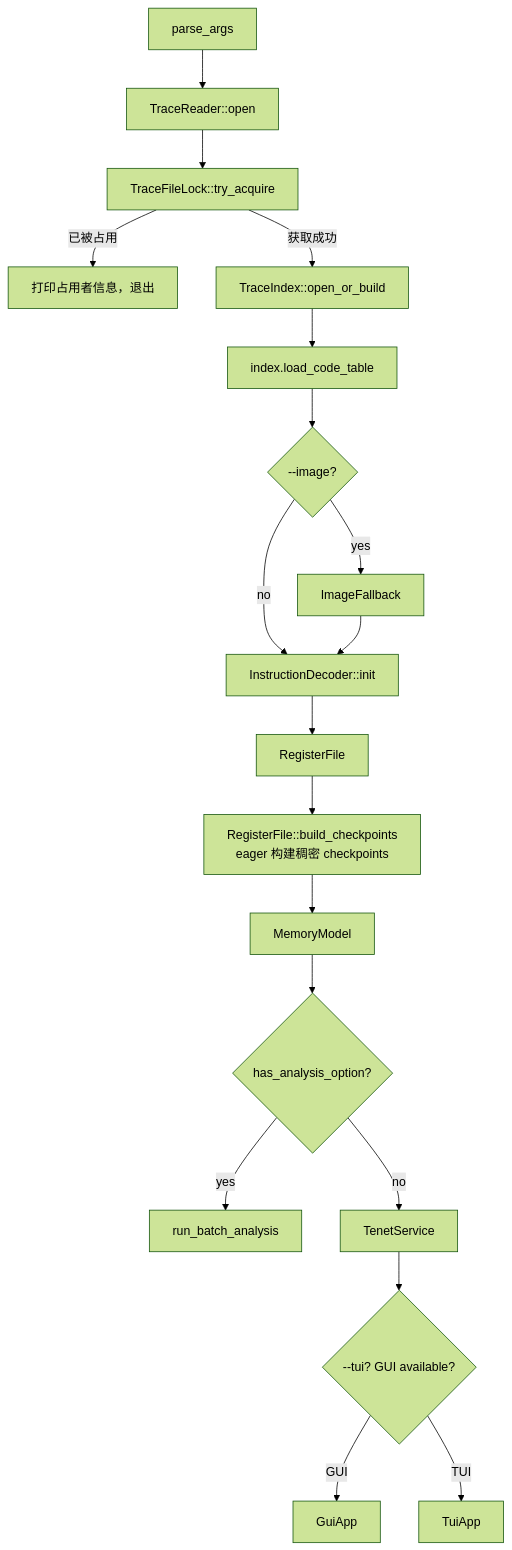
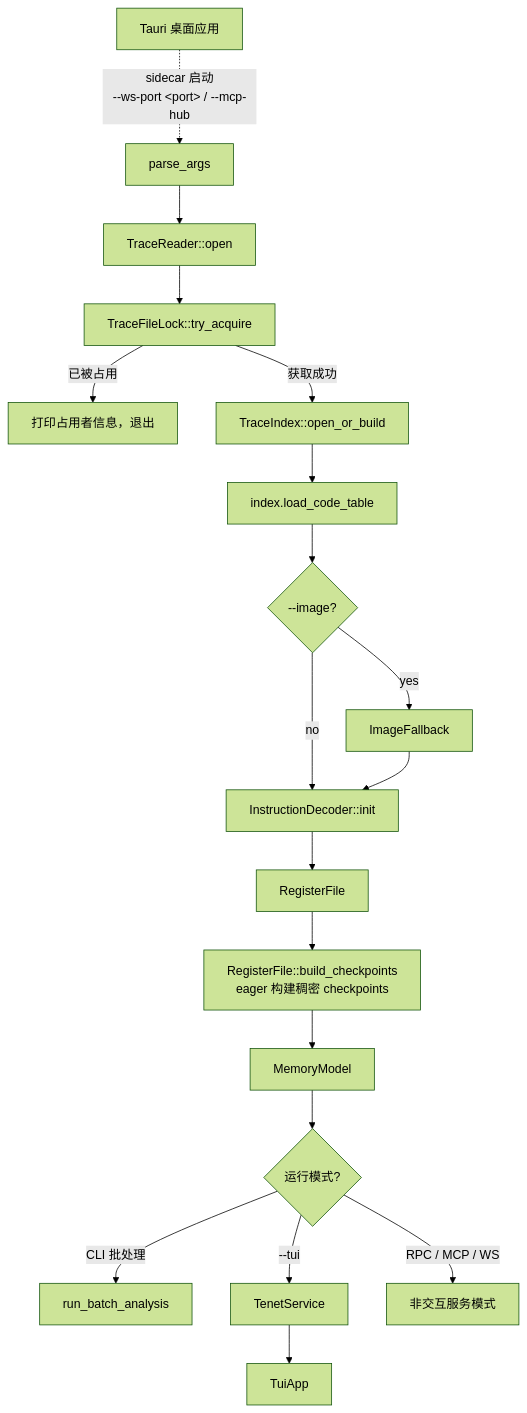
One commit to fuckreverse/retrace changed the second of 2 diagrams in slowmo/docs/ARCHITECTURE.md. Above: the diagram before and after it, drawn with Mermaid (forest theme). The commit also changed other lines of this file and 103 other files, not shown here.

First line of the commit message:
feat(tenet): cross-platform backend — remove native GUI, add Windows/Linux/macOS compat layer

````diff
--- a/slowmo/docs/ARCHITECTURE.md
+++ b/slowmo/docs/ARCHITECTURE.md
@@ -31,21 +31,21 @@
 ```mermaid
 flowchart TD
     A[parse_args] --> B[TraceReader::open]
     B --> LOCK[TraceFileLock::try_acquire]
     LOCK -- 已被占用 --> FAIL[打印占用者信息，退出]
     LOCK -- 获取成功 --> C[TraceIndex::open_or_build]
     C --> D[index.load_code_table]
     D --> E{--image?}
     E -- yes --> F[ImageFallback]
     E -- no --> G[InstructionDecoder::init]
     F --> G
     G --> H[RegisterFile]
     H --> CKPT[RegisterFile::build_checkpoints\neager 构建稠密 checkpoints]
     CKPT --> I[MemoryModel]
-    I --> J{has_analysis_option?}
-    J -- yes --> K[run_batch_analysis]
-    J -- no --> L[TenetService]
-    L --> M{--tui? GUI available?}
-    M -- GUI --> N[GuiApp]
-    M -- TUI --> O[TuiApp]
+    I --> J{运行模式?}
+    J -- CLI 批处理 --> K[run_batch_analysis]
+    J -->|"--tui"| L[TenetService]
+    L --> M[TuiApp]
+    J -- RPC / MCP / WS --> N[非交互服务模式]
+    TAURI[Tauri 桌面应用] -.->|"sidecar 启动<br/>--ws-port &lt;port&gt; / --mcp-hub"| A
 ```
````
